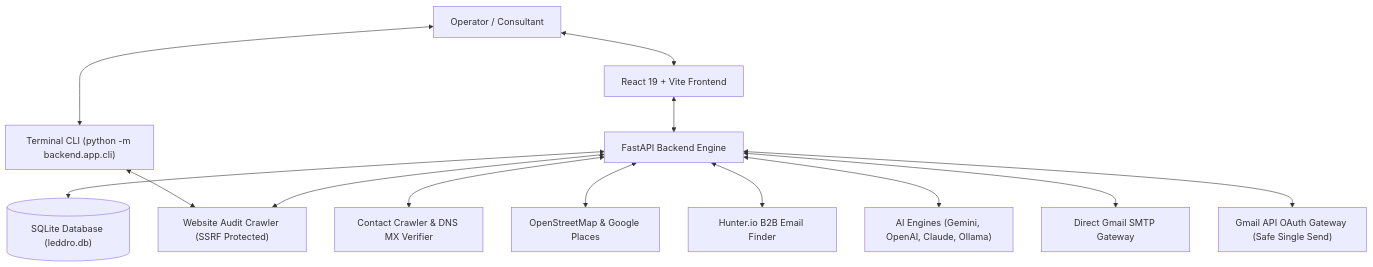
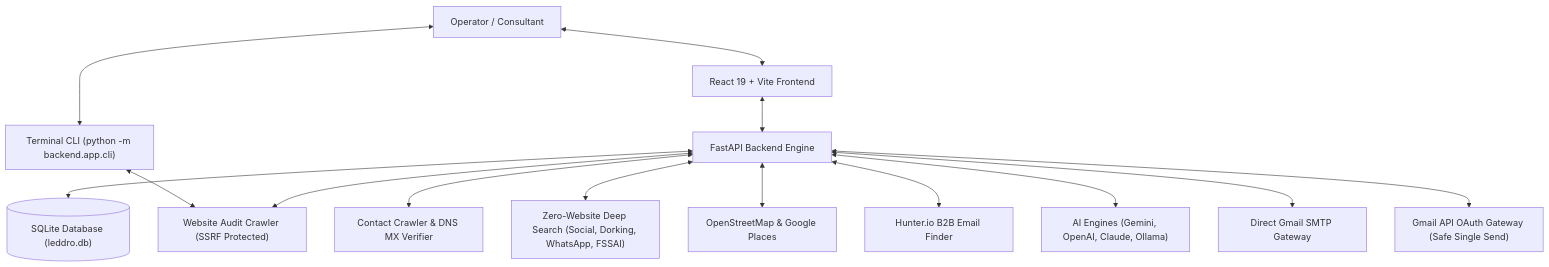
Before and after one commit to PrajwalTheCoder/Leddro: the second of 2 diagrams in README.md, drawn with Mermaid. The commit also changed other lines of this file, not shown here.

Commit message:
docs: document multi-channel zero-website discovery engine in README

````diff
--- a/README.md
+++ b/README.md
@@ -667,15 +697,16 @@
 ```mermaid
 flowchart TD
     User["Operator / Consultant"] <--> UI["React 19 + Vite Frontend"]
     User <--> CLI["Terminal CLI (python -m backend.app.cli)"]
     UI <--> API["FastAPI Backend Engine"]
     CLI <--> Audits["Website Audit Crawler (SSRF Protected)"]
     API <--> DB[("SQLite Database (leddro.db)")]
     API <--> Audits
     API <--> Contacts["Contact Crawler & DNS MX Verifier"]
+    API <--> DeepSearch["Zero-Website Deep Search (Social, Dorking, WhatsApp, FSSAI)"]
     API <--> Discovery["OpenStreetMap & Google Places"]
     API <--> Hunter["Hunter.io B2B Email Finder"]
     API <--> AI["AI Engines (Gemini, OpenAI, Claude, Ollama)"]
     API <--> SMTP["Direct Gmail SMTP Gateway"]
     API <--> Gmail["Gmail API OAuth Gateway (Safe Single Send)"]
 ```
````
